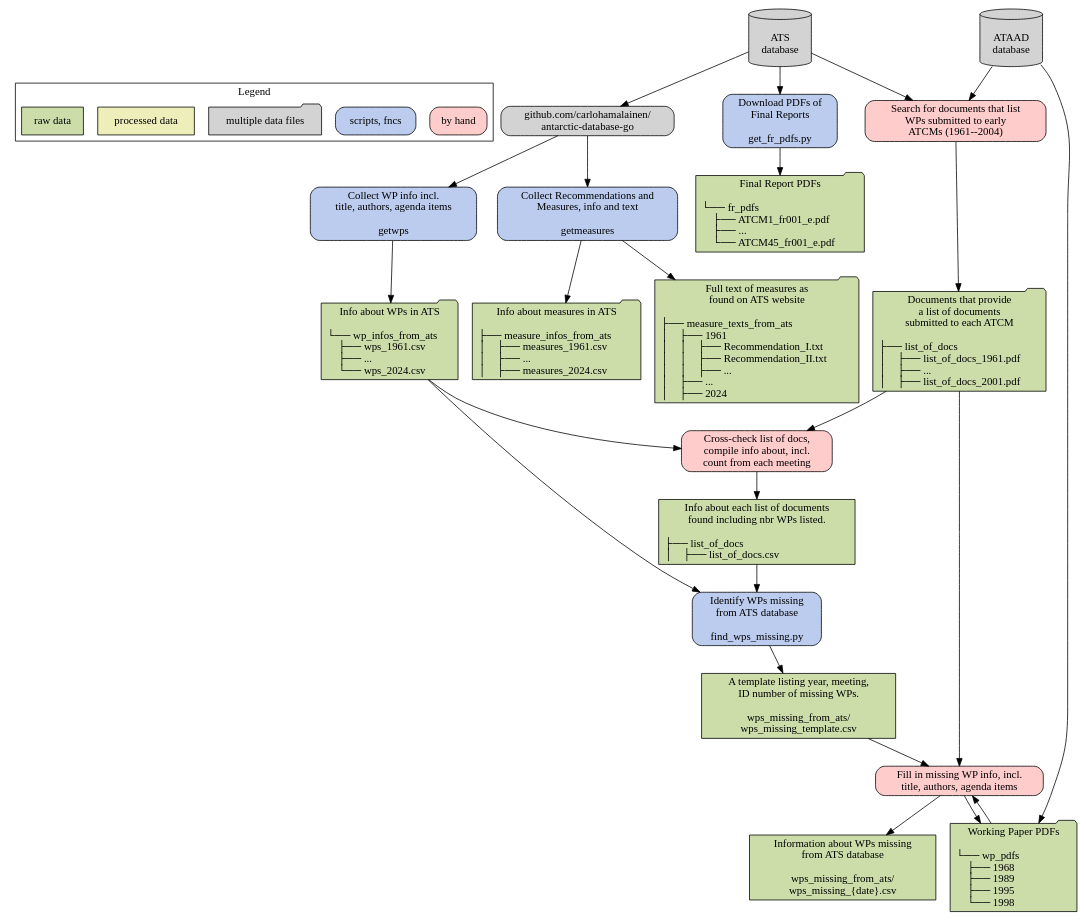
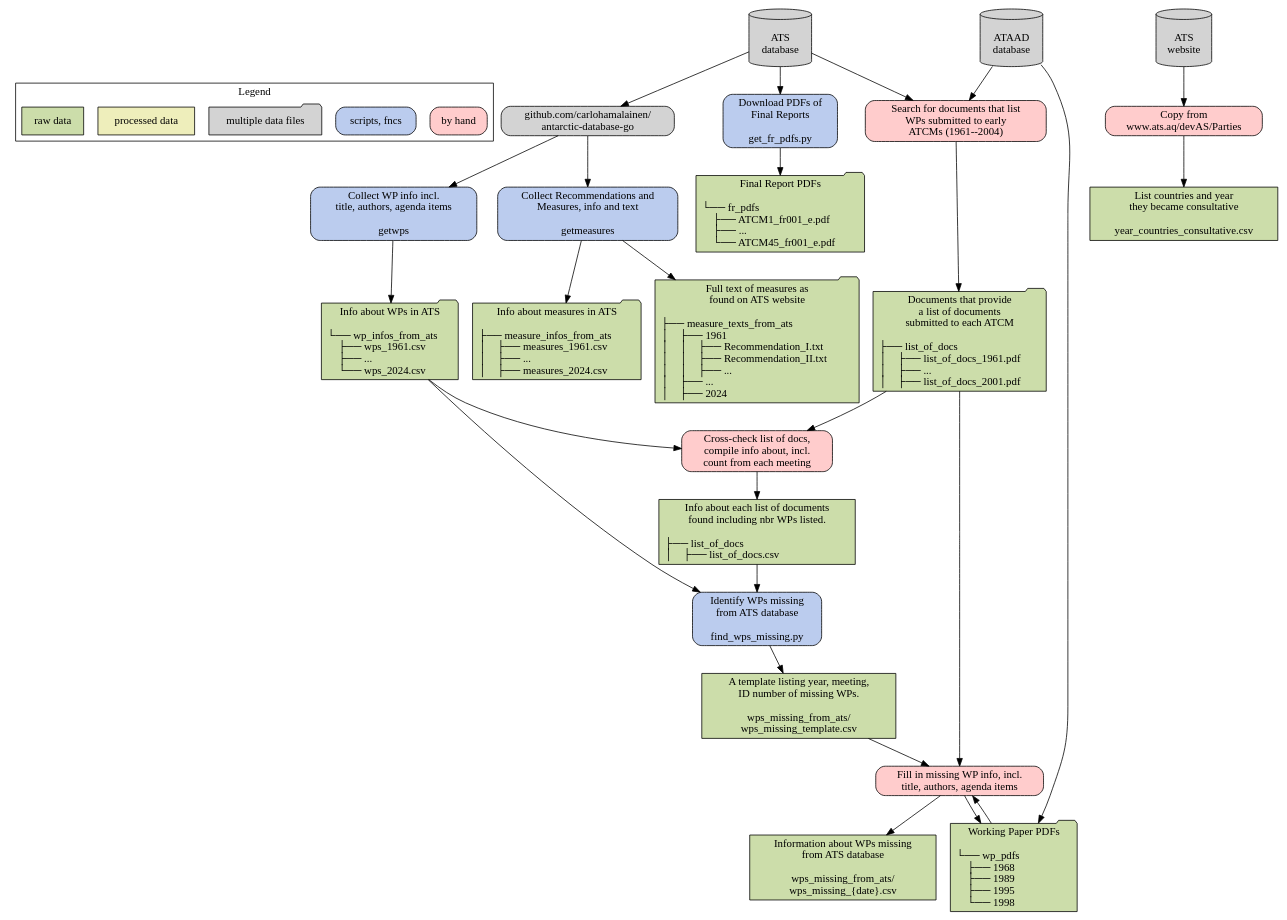
One commit to nadiahpk/antarctic-treaty-system-investigation changed the diagram in docs/data_raw/data_raw.dot. Above: the diagram before and after it, drawn with Graphviz. The commit also changed 2 other files, not shown here.

Commit message:
WP coauthorships from consultative countries

```diff
--- a/docs/data_raw/data_raw.dot
+++ b/docs/data_raw/data_raw.dot
@@ -1,79 +1,83 @@
 digraph {
 	graph [rankdir=TD];
 	node [label="\N", shape=rectangle, color="black"];
 
     // legend - separate out at end
     subgraph cluster_legend {
         label="Legend";
         leg3 [label="by hand", fillcolor="#ffcccc", style="rounded, filled"];
         // leg5 [label="scripts, fncs w. LLM", fillcolor="#cceeff", style="rounded, filled"];
         leg2 [label="scripts, fncs", fillcolor="#bbccee", style="rounded, filled"];
         leg4 [label="multiple data files", fillcolor="lightgray", style="filled", shape=folder];
         leg1 [label="processed data", fillcolor="#eeeebb", style="filled"];
         leg0 [label="raw data", fillcolor="#ccddaa", style="filled"];
     }
 
     // nodes
     { // databases
         node [fillcolor="lightgray", style="filled", shape="cylinder"];
         ATS [label="\nATS\ndatabase"];
         ATAAD [label="\nATAAD\ndatabase"];
-        {rank="source" ATS ATAAD};
+        ATS_web [label="\nATS\nwebsite"];
+        {rank="source" ATS ATAAD ATS_web};
     }
     { // Carlo's package
         node [style="rounded, filled", fillcolor="lightgray"];
         adg [label="github.com/carlohamalainen/\nantarctic-database-go"];
     }
     { // scripts and functions
         node [style="rounded, filled"];
         { // No LLM
             node [fillcolor="#bbccee"];
             getwps [label="Collect WP info incl.\ntitle, authors, agenda items\n\ngetwps"];
             getmeasures [label="Collect Recommendations and\nMeasures, info and text\n\ngetmeasures"];
             find_wps_missing [label="Identify WPs missing\nfrom ATS database\n\nfind_wps_missing.py"];
             get_fr_pdfs [label="Download PDFs of\nFinal Reports\n\nget_fr_pdfs.py"];
         }
         { // LLM
             node [fillcolor="#cceeff"];
         }
     { // raw data
         node [fillcolor="#ccddaa", style="filled"];
         wp_infos_ats [label="Info about WPs in ATS\n\l└── wp_infos_from_ats\l     ├── wps_1961.csv\l     ├── ...\l     └── wps_2024.csv\l",shape="folder"];
         measure_infos_ats [label="Info about measures in ATS\n\l├── measure_infos_from_ats\l│    ├── measures_1961.csv\l│    ├── ...\l│    ├── measures_2024.csv\l",shape="folder"];
         measure_texts_ats [label="Full text of measures as\n found on ATS website\n\l├── measure_texts_from_ats\l│    ├── 1961\l│    │    ├── Recommendation_I.txt\l│    │    ├── Recommendation_II.txt\l│    │    ├── ...\l│    ├── ...\l│    ├── 2024\l",shape="folder"];
         list_of_docs_pdf [label="Documents that provide\na list of documents\nsubmitted to each ATCM\n\l├── list_of_docs\l│    ├── list_of_docs_1961.pdf\l│    ├── ...\l│    ├── list_of_docs_2001.pdf\l",shape="folder"];
         list_of_docs_csv [label="Info about each list of documents\nfound including nbr WPs listed.\n\n├── list_of_docs\l│    ├── list_of_docs.csv\l"];
         wps_missing_template [label="A template listing year, meeting,\nID number of missing WPs.\n\nwps_missing_from_ats/\nwps_missing_template.csv"];
         wps_missing_csv [label="Information about WPs missing\nfrom ATS database\n\nwps_missing_from_ats/\nwps_missing_{date}.csv"];
         wp_pdfs [label="Working Paper PDFs\n\n└── wp_pdfs\l     ├── 1968\l     ├── 1989\l     ├── 1995\l     └── 1998\l",shape="folder"];
         fr_pdfs [label="Final Report PDFs\n\n└── fr_pdfs\l     ├── ATCM1_fr001_e.pdf\l     ├── ...\l     └── ATCM45_fr001_e.pdf\l",shape="folder"];
+        year_countries_consultative [label="List countries and year\nthey became consultative\n\nyear_countries_consultative.csv"];
     }
 
     { // processed-data nodes
         node [fillcolor="#eeeebb", style="filled"];
         // node_name [label="words\n\nfile.txt"];
     }
     }
     { // by hand
         node [fillcolor="#ffcccc", style="rounded, filled"];
         search_list_of_docs [label="Search for documents that list\nWPs submitted to early\nATCMs (1961--2004)"];
         read_list_of_docs [label="Cross-check list of docs,\ncompile info about, incl.\ncount from each meeting"];
         fill_in_missing_wps [label="Fill in missing WP info, incl.\ntitle, authors, agenda items"];
+        dload_year_countries_consultative [label="Copy from\nwww.ats.aq/devAS/Parties"];
     }
     { // Result
         node [shape="plaintext"];
         // dot_graph [label="Graph of connections between\n WPs, Recs, past and future meetings", fontsize="16"];
     }
 
     // connections
     ATS -> adg -> {getwps, getmeasures};
     getwps -> wp_infos_ats;
     getmeasures -> {measure_infos_ats, measure_texts_ats};
     {ATS, ATAAD} -> search_list_of_docs -> list_of_docs_pdf;
     {wp_infos_ats, list_of_docs_pdf} -> read_list_of_docs -> list_of_docs_csv;
     {wp_infos_ats, list_of_docs_csv} -> find_wps_missing -> wps_missing_template;
     {wps_missing_template, list_of_docs_pdf} -> fill_in_missing_wps -> wps_missing_csv;
     fill_in_missing_wps -> wp_pdfs -> fill_in_missing_wps;
     ATAAD -> wp_pdfs;
     ATS -> get_fr_pdfs -> fr_pdfs;
+    ATS_web -> dload_year_countries_consultative -> year_countries_consultative;
 }
```
